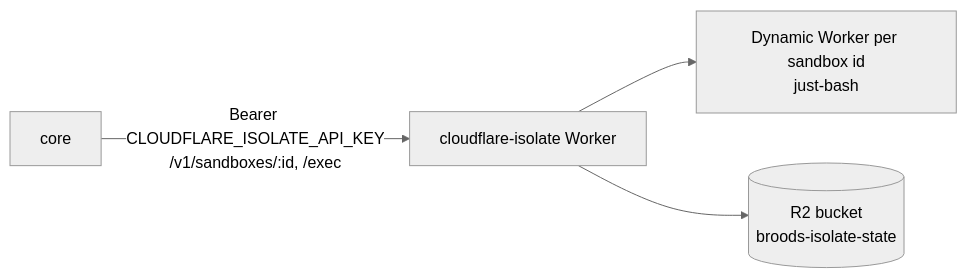
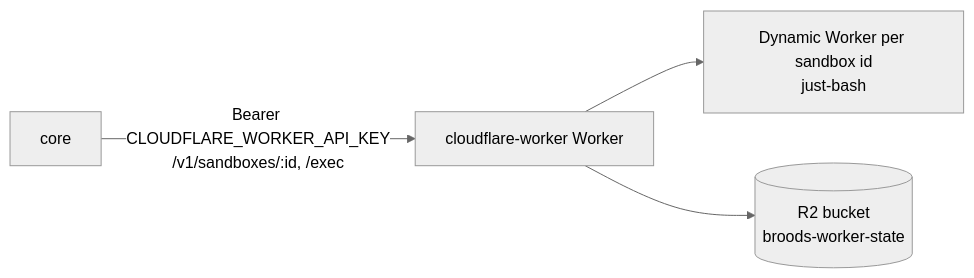
Before and after one commit to beeblastco/broods: the fifth of 6 diagrams in apps/docs/docs/internals/self-hosting.md, drawn with Mermaid (neutral theme). The commit also changed other lines of this file and 21 other files, not shown here.

First line of the commit message:
fix(cloudflare-worker): rename the provider to worker, cut big output, conditional empty disks, errors with messages

````diff
--- a/apps/docs/docs/internals/self-hosting.md
+++ b/apps/docs/docs/internals/self-hosting.md
@@ -332,6 +332,6 @@
 ```mermaid
 flowchart LR
-  Core[core] -->|"Bearer CLOUDFLARE_ISOLATE_API_KEY<br/>/v1/sandboxes/:id, /exec"| W["cloudflare-isolate Worker"]
+  Core[core] -->|"Bearer CLOUDFLARE_WORKER_API_KEY<br/>/v1/sandboxes/:id, /exec"| W["cloudflare-worker Worker"]
   W --> I["Dynamic Worker per sandbox id<br/>just-bash"]
-  W --> R2[("R2 bucket<br/>broods-isolate-state")]
+  W --> R2[("R2 bucket<br/>broods-worker-state")]
 ```
````
